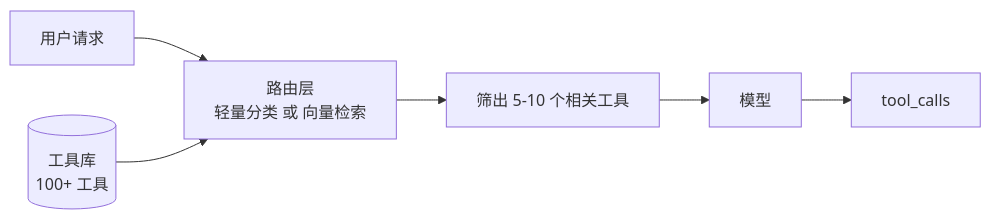
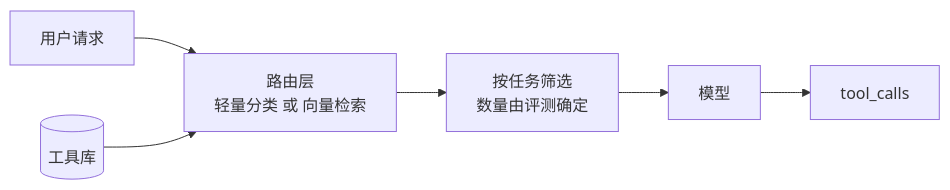
One commit to oneleaveknowsthefall/awesome-ai-roadmap changed the diagram in docs/tools/01-function-calling/03-tool-schema-design.md. Above: the diagram before and after it, drawn with Mermaid. The commit also changed other lines of this file and 50 other files, not shown here.

````diff
--- a/docs/tools/01-function-calling/03-tool-schema-design.md
+++ b/docs/tools/01-function-calling/03-tool-schema-design.md
@@ -179,8 +196,8 @@
 ```mermaid
 flowchart LR
     Q[用户请求] --> R["路由层<br/>轻量分类 或 向量检索"]
-    POOL[("工具库<br/>100+ 工具")] --> R
-    R --> SEL["筛出 5-10 个相关工具"]
+    POOL[("工具库")] --> R
+    R --> SEL["按任务筛选<br/>数量由评测确定"]
     SEL --> M[模型]
     M --> CALL[tool_calls]
 ```
````
